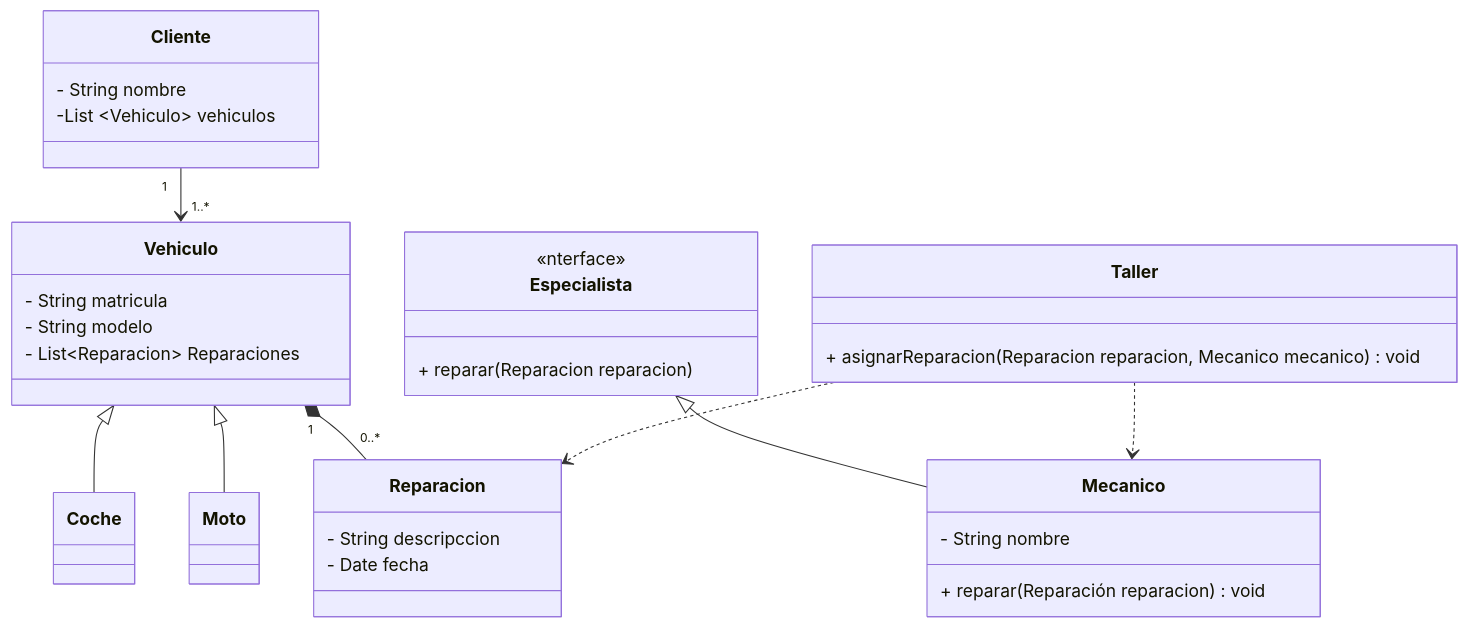
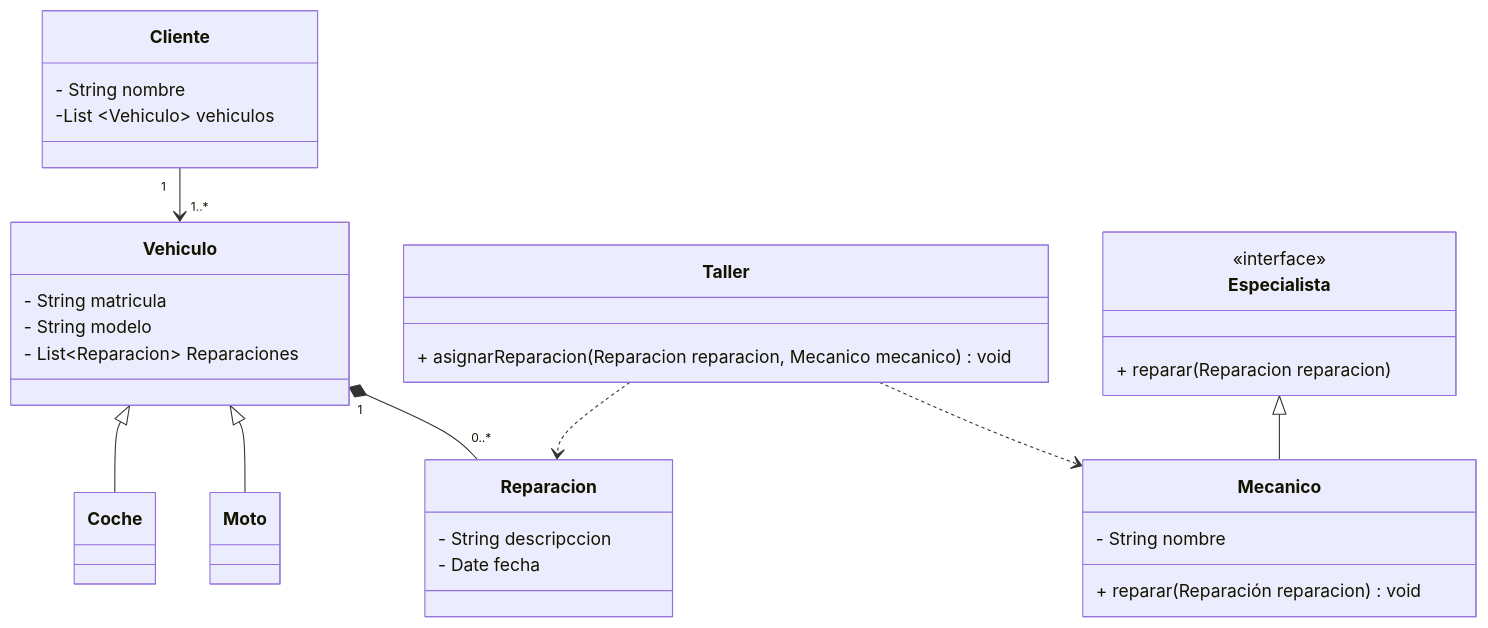
Before and after one commit to Manuel1613/6.3Actividad-Taller: the diagram in DESIGN.md, drawn with Mermaid.

Commit message:
Fix interface notation and update associations

````diff
--- a/DESIGN.md
+++ b/DESIGN.md
@@ -3,57 +3,57 @@
 ```mermaid
 classDiagram
     class Vehiculo {
         - String matricula
         - String modelo
         - List~Reparacion~ Reparaciones
     }
     class Coche {
 
     }
     
     class Moto{
 
     }
 
     class Cliente {
         - String nombre
         -List ~Vehiculo~ vehiculos
     }
 
     class Reparacion {
         - String descripccion
         - Date fecha
     }
 
     class Especialista {
-        <<nterface>>
+        <<interface>>
         + reparar (Reparacion reparacion)
     }
 
     class Mecanico {
         - String nombre
         + reparar (Reparación reparacion) void
     }
 
     class Taller {
         + asignarReparacion (Reparacion reparacion, Mecanico mecanico) void
     }
 
     %% HERENCIA
     Vehiculo <|-- Coche
     Vehiculo <|-- Moto
 
     %% COMPOSICION (vinculo fuerte)
     Vehiculo "1" *-- "0..*" Reparacion
 
     %% ASOCIACION
     Cliente "1" --> "1..*" Vehiculo
 
-    %% REALIZACION (interfaz)
-    Especialista <|-- Mecanico
-
     %% DEPENDENCIA
     Taller ..> Mecanico
     Taller ..> Reparacion
 
+    %% REALIZACION (interfaz)
+    Especialista <|-- Mecanico
+
 ```
````
